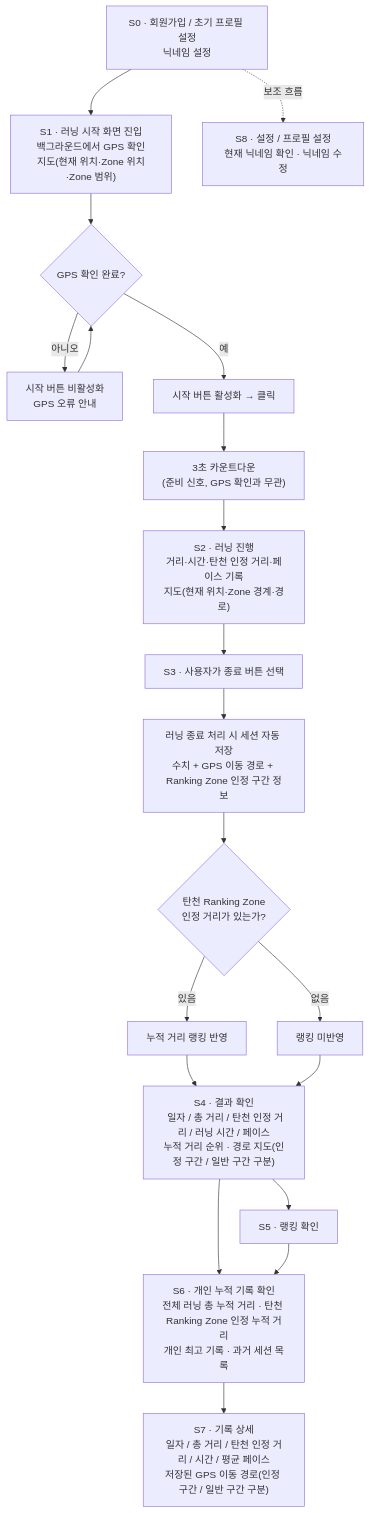
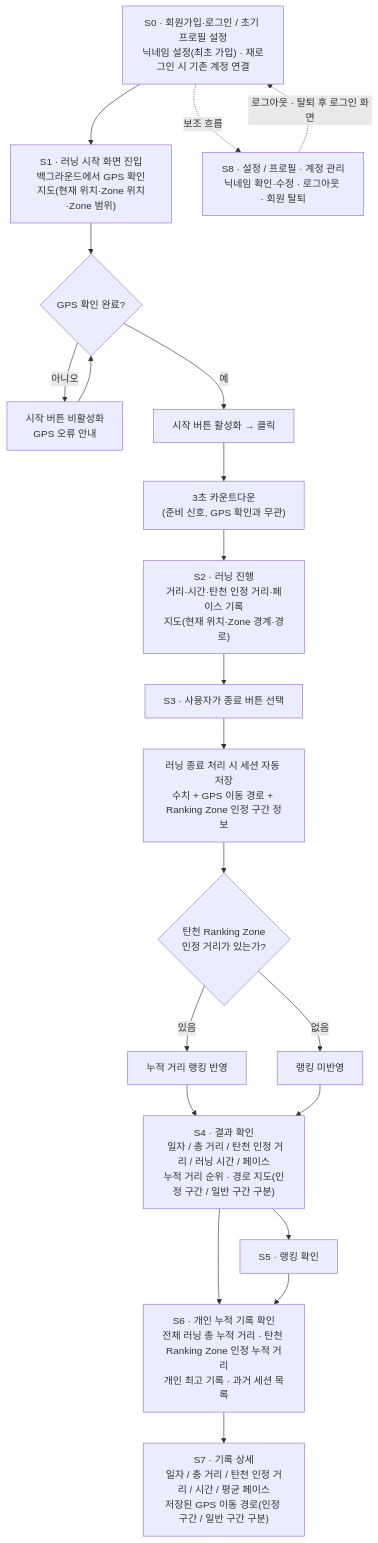
The diagram in docs/02-workflow.md (NextComm1T/project_planning_2), drawn with Mermaid before and after one commit. The commit also changed other lines of this file and 9 other files, not shown here.

````diff
--- a/docs/02-workflow.md
+++ b/docs/02-workflow.md
@@ -37,35 +37,36 @@
 ```mermaid
 flowchart TD
-    S0["S0 · 회원가입 / 초기 프로필 설정<br/>닉네임 설정"]
+    S0["S0 · 회원가입·로그인 / 초기 프로필 설정<br/>닉네임 설정(최초 가입) · 재로그인 시 기존 계정 연결"]
     --> S1["S1 · 러닝 시작 화면 진입<br/>백그라운드에서 GPS 확인<br/>지도(현재 위치·Zone 위치·Zone 범위)"]
 
-    S0 -. 보조 흐름 .-> S8["S8 · 설정 / 프로필 설정<br/>현재 닉네임 확인 · 닉네임 수정"]
+    S0 -. 보조 흐름 .-> S8["S8 · 설정 / 프로필 · 계정 관리<br/>닉네임 확인·수정 · 로그아웃 · 회원 탈퇴"]
+    S8 -. 로그아웃 · 탈퇴 후 로그인 화면 .-> S0
 
     S1 --> G{"GPS 확인 완료?"}
 
     G -->|아니오| E["시작 버튼 비활성화<br/>GPS 오류 안내"]
     E --> G
 
     G -->|예| B["시작 버튼 활성화 → 클릭"]
     B --> C["3초 카운트다운<br/>(준비 신호, GPS 확인과 무관)"]
     C --> S2["S2 · 러닝 진행<br/>거리·시간·탄천 인정 거리·페이스 기록<br/>지도(현재 위치·Zone 경계·경로)"]
 
     S2 --> S3["S3 · 사용자가 종료 버튼 선택"]
 
     S3 --> SAVE["러닝 종료 처리 시 세션 자동 저장<br/>수치 + GPS 이동 경로 + Ranking Zone 인정 구간 정보"]
 
     SAVE --> ZONE_CHK{"탄천 Ranking Zone<br/>인정 거리가 있는가?"}
 
     ZONE_CHK -->|있음| RANK_IN["누적 거리 랭킹 반영"]
     ZONE_CHK -->|없음| RANK_OUT["랭킹 미반영"]
 
     RANK_IN --> S4["S4 · 결과 확인<br/> 일자 / 총 거리 / 탄천 인정 거리 / 러닝 시간 / 페이스<br/>누적 거리 순위 · 경로 지도(인정 구간 / 일반 구간 구분)"]
     RANK_OUT --> S4
 
     S4 --> S5["S5 · 랭킹 확인"]
     S4 --> S6["S6 · 개인 누적 기록 확인<br/>전체 러닝 총 누적 거리 · 탄천 Ranking Zone 인정 누적 거리<br/>개인 최고 기록 · 과거 세션 목록"]
 
     S5 --> S6
 
     S6 --> S7["S7 · 기록 상세<br/>일자 / 총 거리 / 탄천 인정 거리 / 시간 / 평균 페이스<br/>저장된 GPS 이동 경로(인정 구간 / 일반 구간 구분)"]
 ```
````
